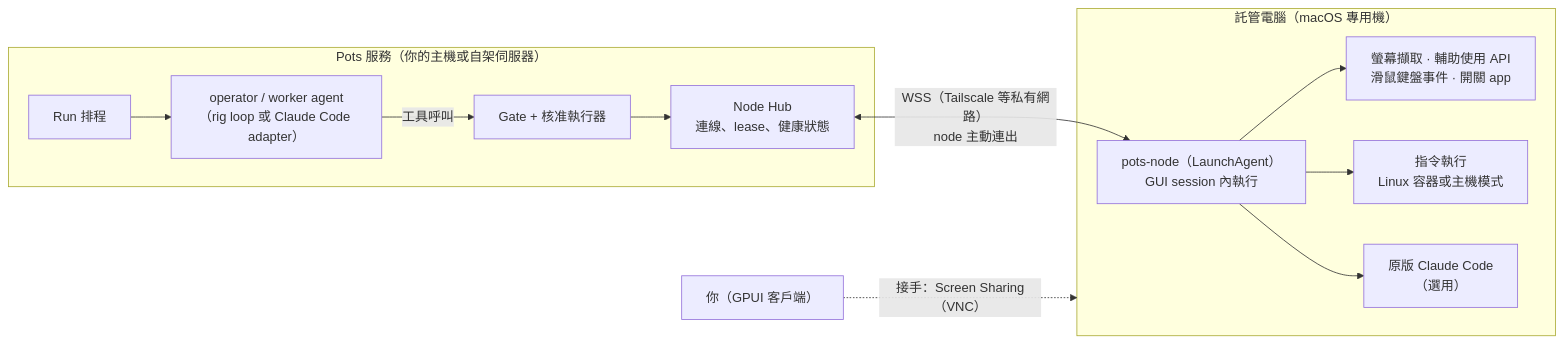
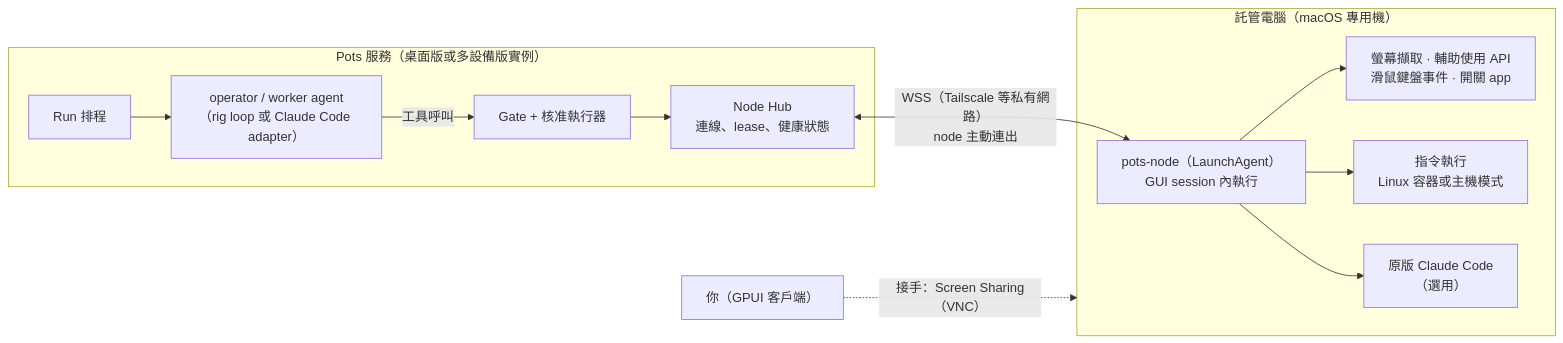
The diagram in proposal/computer-nodes.md (iceice666/pots), drawn with Mermaid before and after one commit. The commit also changed other lines of this file and 9 other files, not shown here.

````diff
--- a/proposal/computer-nodes.md
+++ b/proposal/computer-nodes.md
@@ -25,27 +26,27 @@
 ```mermaid
 flowchart LR
-    subgraph pots["Pots 服務（你的主機或自架伺服器）"]
+    subgraph pots["Pots 服務（桌面版或多設備版實例）"]
         sched["Run 排程"]
         op["operator / worker agent<br/>（rig loop 或 Claude Code adapter）"]
         gate["Gate + 核准執行器"]
         hub["Node Hub<br/>連線、lease、健康狀態"]
     end
 
     subgraph node["託管電腦（macOS 專用機）"]
         daemon["pots-node（LaunchAgent）<br/>GUI session 內執行"]
         gui["螢幕擷取 · 輔助使用 API<br/>滑鼠鍵盤事件 · 開關 app"]
         exec["指令執行<br/>Linux 容器或主機模式"]
         cc["原版 Claude Code<br/>（選用）"]
     end
 
     human["你（GPUI 客戶端）"]
 
     sched --> op
     op -->|工具呼叫| gate
     gate --> hub
     hub <-->|"WSS（Tailscale 等私有網路）<br/>node 主動連出"| daemon
     daemon --> gui
     daemon --> exec
     daemon --> cc
     human -.->|"接手：Screen Sharing（VNC）"| node
 ```
````
